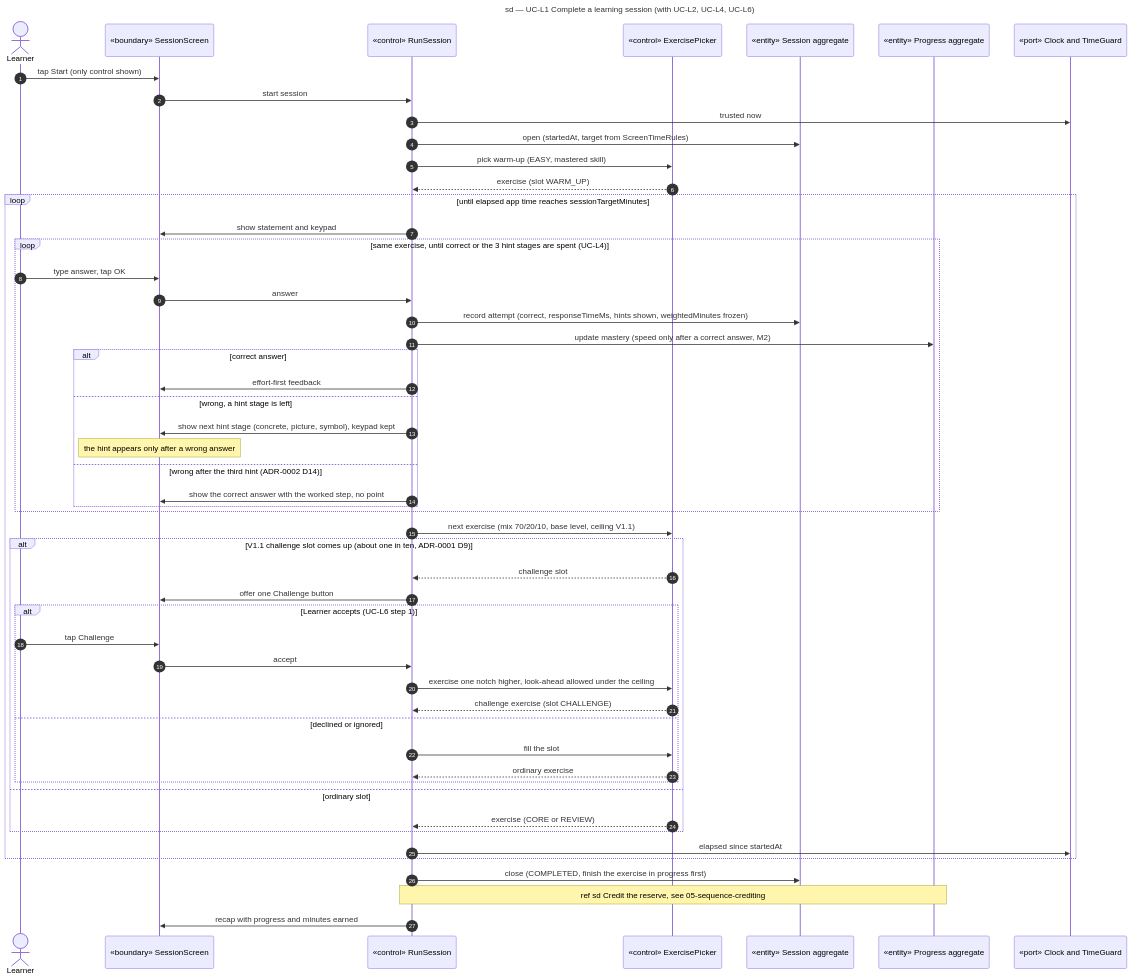
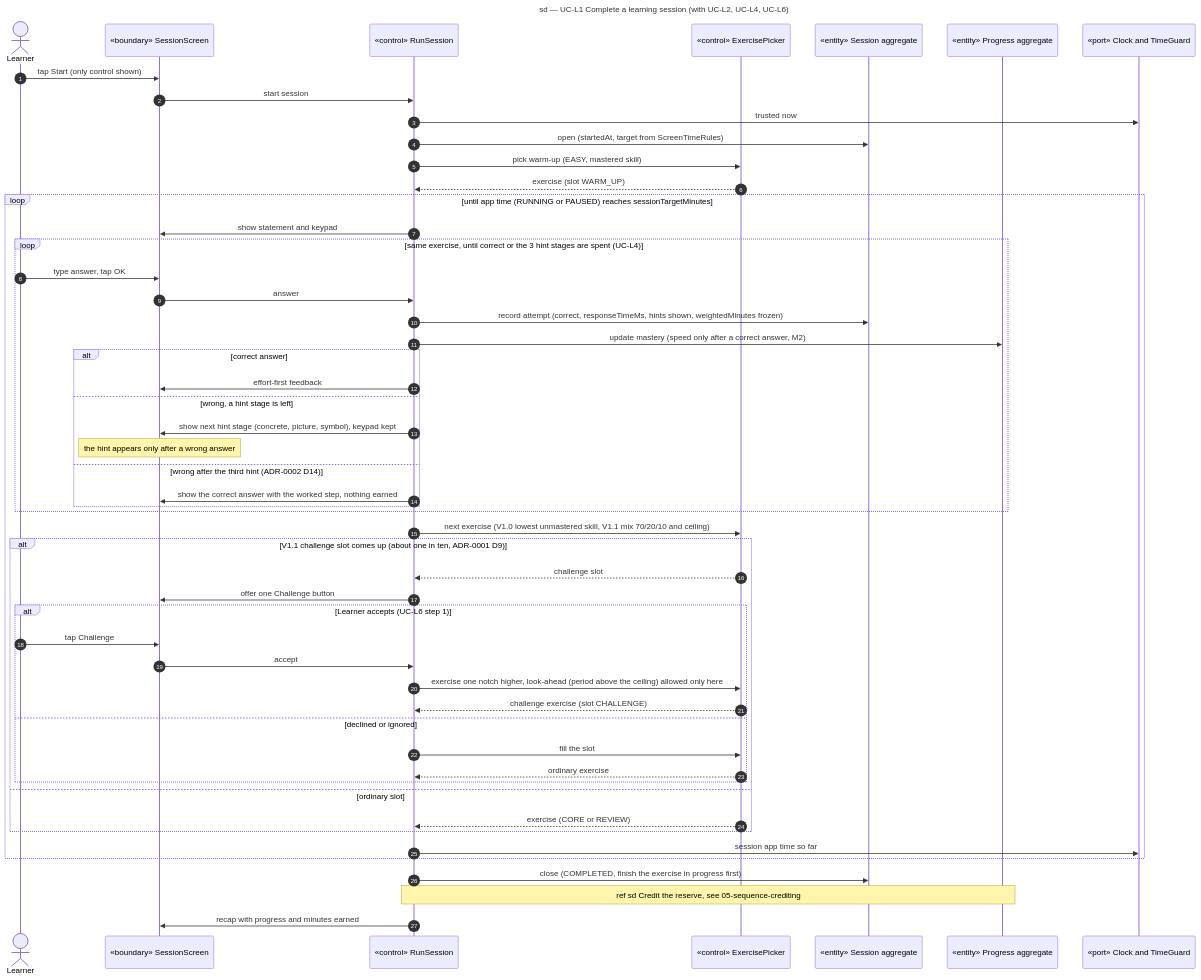
The diagram in docs/architecture/diagrams/learning/02-sequence-learning-session.md (benoit-bremaud/learn-to-earn), drawn with Mermaid before and after one commit. The commit also changed other lines of this file and 18 other files, not shown here.

````diff
--- a/docs/architecture/diagrams/learning/02-sequence-learning-session.md
+++ b/docs/architecture/diagrams/learning/02-sequence-learning-session.md
@@ -16,56 +16,56 @@
 ```mermaid
 sequenceDiagram
   title sd — UC-L1 Complete a learning session (with UC-L2, UC-L4, UC-L6)
   autonumber
   actor Learner
   participant UI as «boundary» SessionScreen
   participant Ctl as «control» RunSession
   participant Sel as «control» ExercisePicker
   participant Practice as «entity» Session aggregate
   participant Progress as «entity» Progress aggregate
   participant Clock as «port» Clock and TimeGuard
 
   Learner->>UI: tap Start (only control shown)
   UI->>Ctl: start session
   Ctl->>Clock: trusted now
   Ctl->>Practice: open (startedAt, target from ScreenTimeRules)
   Ctl->>Sel: pick warm-up (EASY, mastered skill)
   Sel-->>Ctl: exercise (slot WARM_UP)
-  loop until elapsed app time reaches sessionTargetMinutes
+  loop until app time (RUNNING or PAUSED) reaches sessionTargetMinutes
     Ctl->>UI: show statement and keypad
     loop same exercise, until correct or the 3 hint stages are spent (UC-L4)
       Learner->>UI: type answer, tap OK
       UI->>Ctl: answer
       Ctl->>Practice: record attempt (correct, responseTimeMs, hints shown, weightedMinutes frozen)
       Ctl->>Progress: update mastery (speed only after a correct answer, M2)
       alt correct answer
         Ctl->>UI: effort-first feedback
       else wrong, a hint stage is left
         Ctl->>UI: show next hint stage (concrete, picture, symbol), keypad kept
         Note over UI: the hint appears only after a wrong answer
       else wrong after the third hint (ADR-0002 D14)
-        Ctl->>UI: show the correct answer with the worked step, no point
+        Ctl->>UI: show the correct answer with the worked step, nothing earned
       end
     end
-    Ctl->>Sel: next exercise (mix 70/20/10, base level, ceiling V1.1)
+    Ctl->>Sel: next exercise (V1.0 lowest unmastered skill, V1.1 mix 70/20/10 and ceiling)
     alt V1.1 challenge slot comes up (about one in ten, ADR-0001 D9)
       Sel-->>Ctl: challenge slot
       Ctl->>UI: offer one Challenge button
       alt Learner accepts (UC-L6 step 1)
         Learner->>UI: tap Challenge
         UI->>Ctl: accept
-        Ctl->>Sel: exercise one notch higher, look-ahead allowed under the ceiling
+        Ctl->>Sel: exercise one notch higher, look-ahead (period above the ceiling) allowed only here
         Sel-->>Ctl: challenge exercise (slot CHALLENGE)
       else declined or ignored
         Ctl->>Sel: fill the slot
         Sel-->>Ctl: ordinary exercise
       end
     else ordinary slot
       Sel-->>Ctl: exercise (CORE or REVIEW)
     end
-    Ctl->>Clock: elapsed since startedAt
+    Ctl->>Clock: session app time so far
   end
   Ctl->>Practice: close (COMPLETED, finish the exercise in progress first)
   Note over Ctl,Progress: ref sd Credit the reserve, see 05-sequence-crediting
   Ctl->>UI: recap with progress and minutes earned
 ```
````
